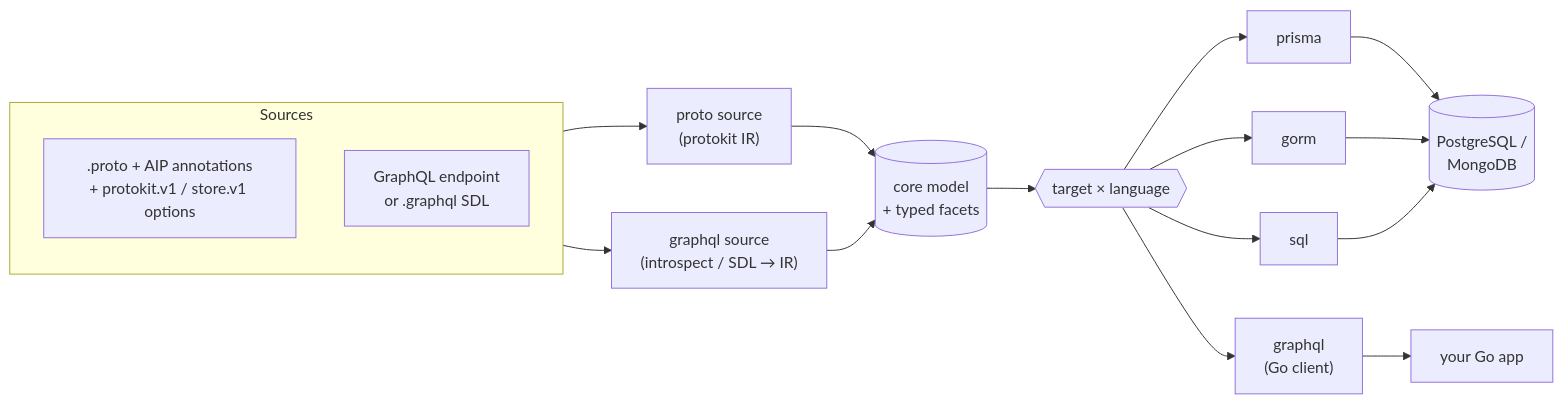
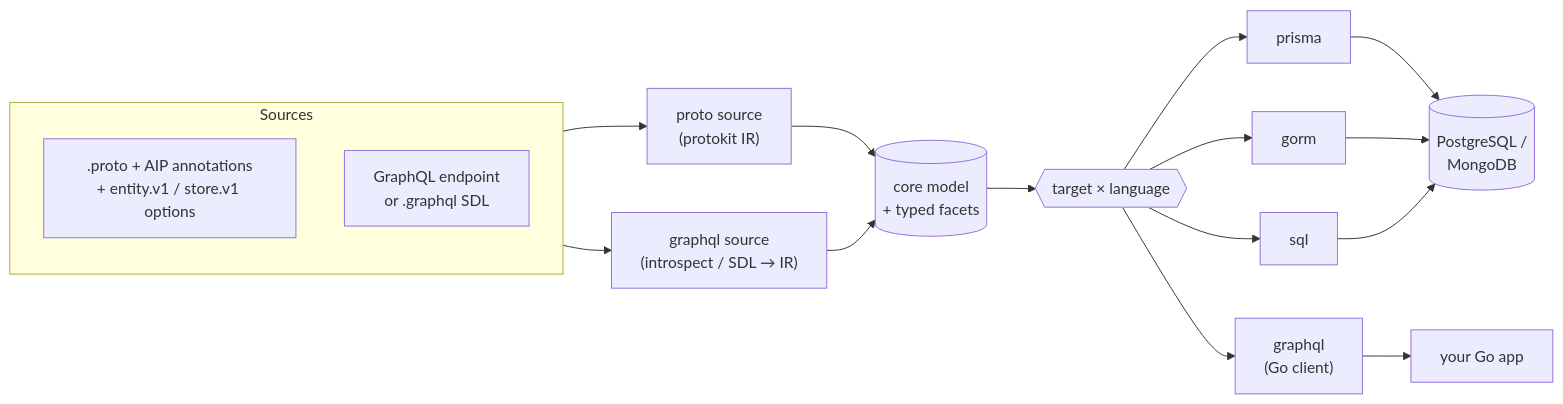
One commit to the-protobuf-project/store changed the first of 4 diagrams in README.md. Above: the diagram before and after it, drawn with Mermaid. The commit also changed other lines of this file and 242 other files, not shown here.

First line of the commit message:
feat: Introduce entity.v1 schema with table, column, and datasource options

````diff
--- a/README.md
+++ b/README.md
@@ -108,24 +108,24 @@
 ```mermaid
 flowchart LR
     subgraph Sources
         direction TB
-        P[".proto + AIP annotations<br/>+ protokit.v1 / store.v1 options"]
+        P[".proto + AIP annotations<br/>+ entity.v1 / store.v1 options"]
         Q["GraphQL endpoint<br/>or .graphql SDL"]
     end
 
     P --> PS["proto source<br/>(protokit IR)"]
     Q --> QS["graphql source<br/>(introspect / SDL → IR)"]
     PS --> M[("core model<br/>+ typed facets")]
     QS --> M
 
     M --> T{{"target × language"}}
     T --> PR["prisma"]
     T --> GO["gorm"]
     T --> SQL["sql"]
     T --> GQL["graphql<br/>(Go client)"]
 
     PR --> DB[("PostgreSQL /<br/>MongoDB")]
     GO --> DB
     SQL --> DB
     GQL --> APP["your Go app"]
 ```
````
